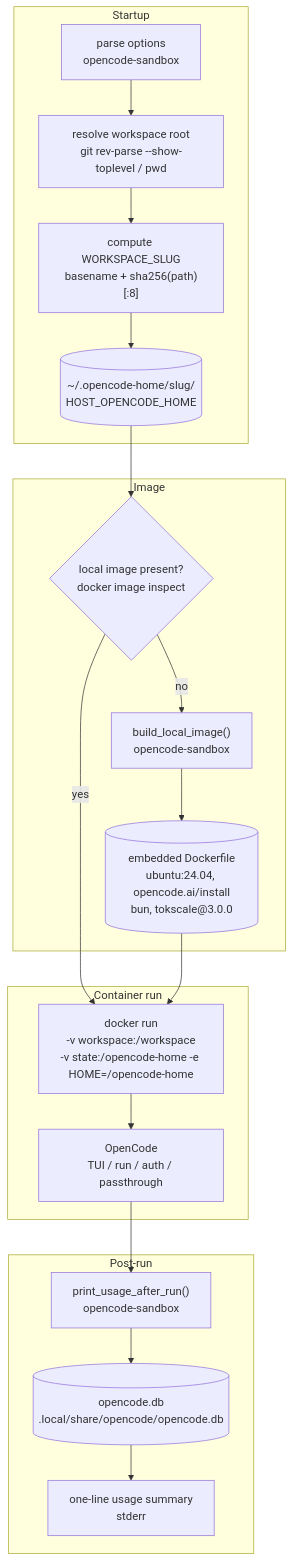
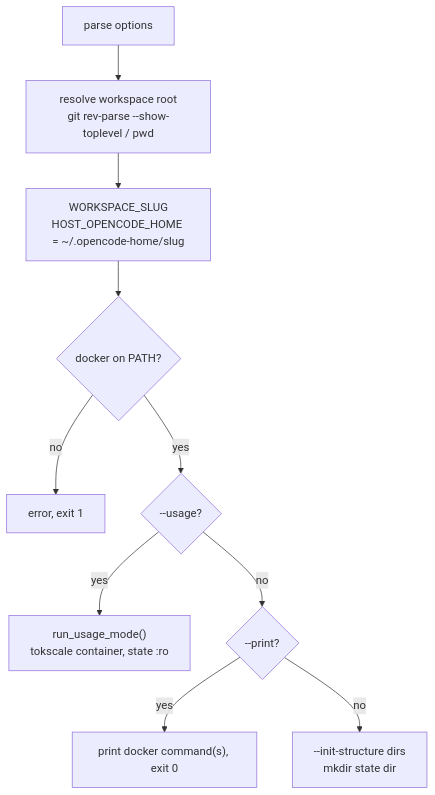
Before and after one commit to LanNguyenSi/opencode-sandbox: the first of 3 diagrams in docs/architecture.md, drawn with Mermaid. The commit also changed other lines of this file and 6 other files, not shown here.

````diff
--- a/docs/architecture.md
+++ b/docs/architecture.md
@@ -9,35 +11,12 @@
 ```mermaid
 flowchart TD
-    subgraph startup ["Startup"]
-        A["parse options<br/>opencode-sandbox"]
-        B["resolve workspace root<br/>git rev-parse --show-toplevel / pwd"]
-        C["compute WORKSPACE_SLUG<br/>basename + sha256(path)[:8]"]
-        D[("~/.opencode-home/slug/<br/>HOST_OPENCODE_HOME")]
-        A --> B --> C --> D
-    end
-
-    subgraph image ["Image"]
-        E{"local image present?<br/>docker image inspect"}
-        F["build_local_image()<br/>opencode-sandbox"]
-        G[("embedded Dockerfile<br/>ubuntu:24.04, opencode.ai/install<br/>bun, tokscale@3.0.0")]
-        E -- no --> F --> G
-    end
-
-    subgraph container ["Container run"]
-        H["docker run<br/>-v workspace:/workspace<br/>-v state:/opencode-home -e HOME=/opencode-home"]
-        I["OpenCode<br/>TUI / run / auth / passthrough"]
-        H --> I
-    end
-
-    subgraph postrun ["Post-run"]
-        J["print_usage_after_run()<br/>opencode-sandbox"]
-        K[("opencode.db<br/>.local/share/opencode/opencode.db")]
-        L["one-line usage summary<br/>stderr"]
-        J --> K --> L
-    end
-
-    D --> E
-    E -- yes --> H
-    G --> H
-    I --> J
+    A["parse options"] --> B["resolve workspace root<br/>git rev-parse --show-toplevel / pwd"]
+    B --> C["WORKSPACE_SLUG<br/>HOST_OPENCODE_HOME = ~/.opencode-home/slug"]
+    C --> D{"docker on PATH?"}
+    D -- no --> D1["error, exit 1"]
+    D -- yes --> U{"--usage?"}
+    U -- yes --> UM["run_usage_mode()<br/>tokscale container, state :ro"]
+    U -- no --> P{"--print?"}
+    P -- yes --> PO["print docker command(s), exit 0"]
+    P -- no --> M["--init-structure dirs<br/>mkdir state dir"]
 ```
````
